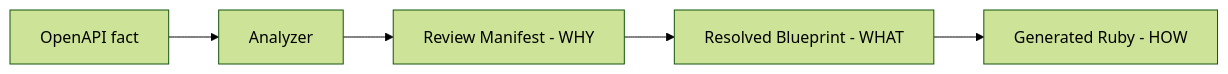
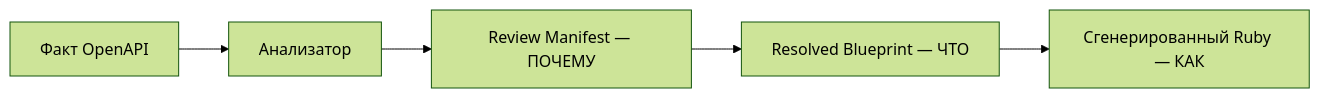
Before and after one commit to EdYaRdx/Ruby_hack: the second of 2 diagrams in README.md, drawn with Mermaid (forest theme). The commit also changed other lines of this file and 15 other files, not shown here.

````diff
--- a/README.md
+++ b/README.md
@@ -124,7 +127,7 @@
 ```mermaid
 flowchart LR
-    A["OpenAPI fact"] --> B["Analyzer"]
-    B --> C["Review Manifest - WHY"]
-    C --> D["Resolved Blueprint - WHAT"]
-    D --> E["Generated Ruby - HOW"]
+    A["Факт OpenAPI"] --> B["Анализатор"]
+    B --> C["Review Manifest — ПОЧЕМУ"]
+    C --> D["Resolved Blueprint — ЧТО"]
+    D --> E["Сгенерированный Ruby — КАК"]
 ```
````
